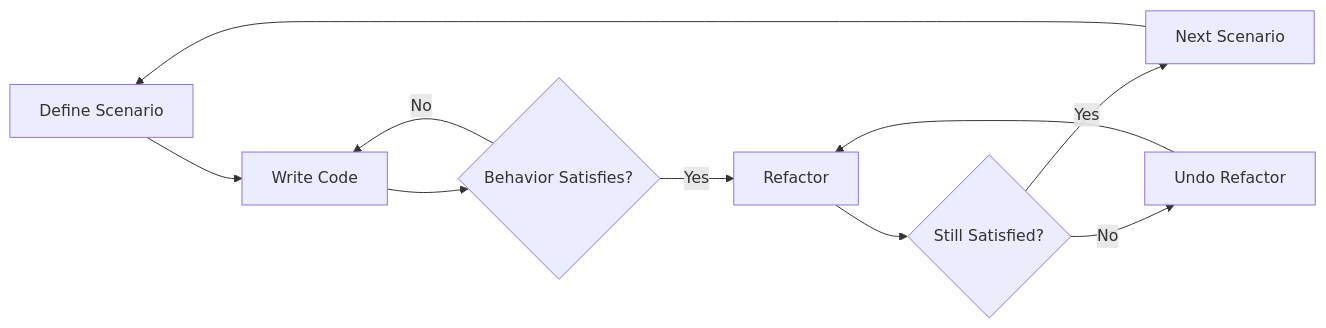
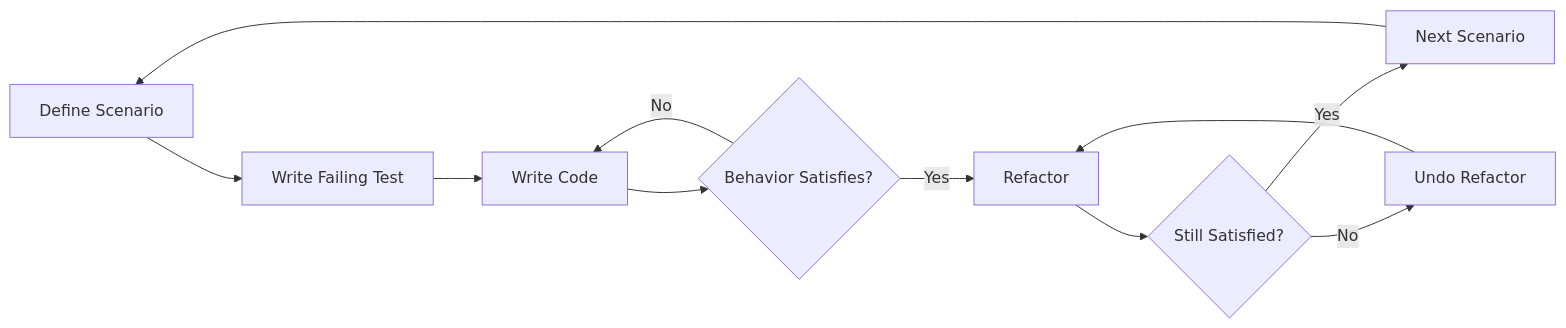
Before and after one commit to Dario-Arcos/ai-framework: the diagram in skills/scenario-driven-development/SKILL.md, drawn with Mermaid. The commit also changed other lines of this file and 1 other file, not shown here.

First line of the commit message:
refactor(sdd): reconcile test-first with scenario-driven development

````diff
--- a/skills/scenario-driven-development/SKILL.md
+++ b/skills/scenario-driven-development/SKILL.md
@@ -73,12 +73,13 @@
 ```mermaid
 graph LR
-    A[Define Scenario] --> B[Write Code]
-    B --> C{Behavior Satisfies?}
-    C -->|No| B
-    C -->|Yes| D[Refactor]
-    D --> E{Still Satisfied?}
-    E -->|Yes| F[Next Scenario]
-    E -->|No| G[Undo Refactor]
-    G --> D
-    F --> A
+    A[Define Scenario] --> B[Write Failing Test]
+    B --> C[Write Code]
+    C --> D{Behavior Satisfies?}
+    D -->|No| C
+    D -->|Yes| E[Refactor]
+    E --> F{Still Satisfied?}
+    F -->|Yes| G[Next Scenario]
+    F -->|No| H[Undo Refactor]
+    H --> E
+    G --> A
 ```
````
